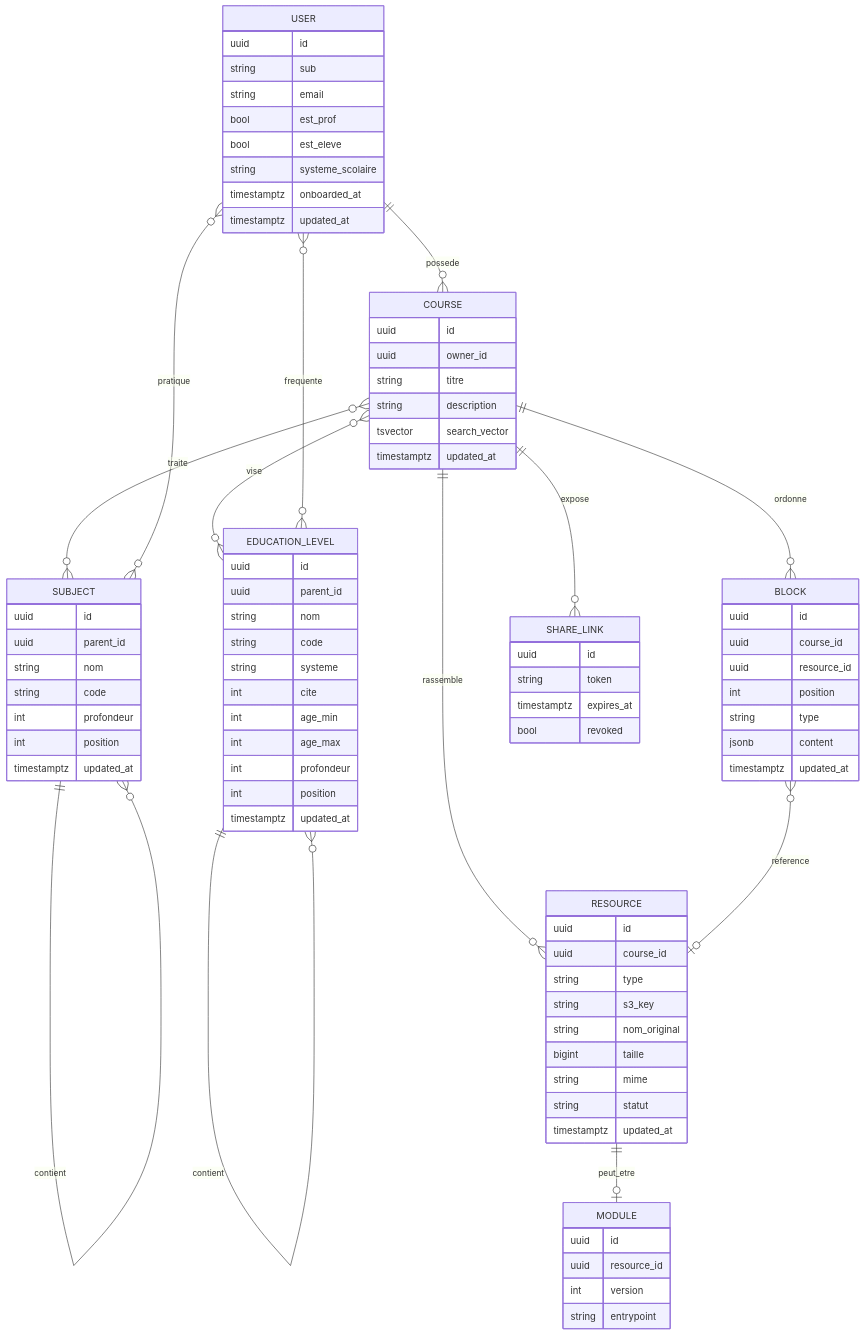
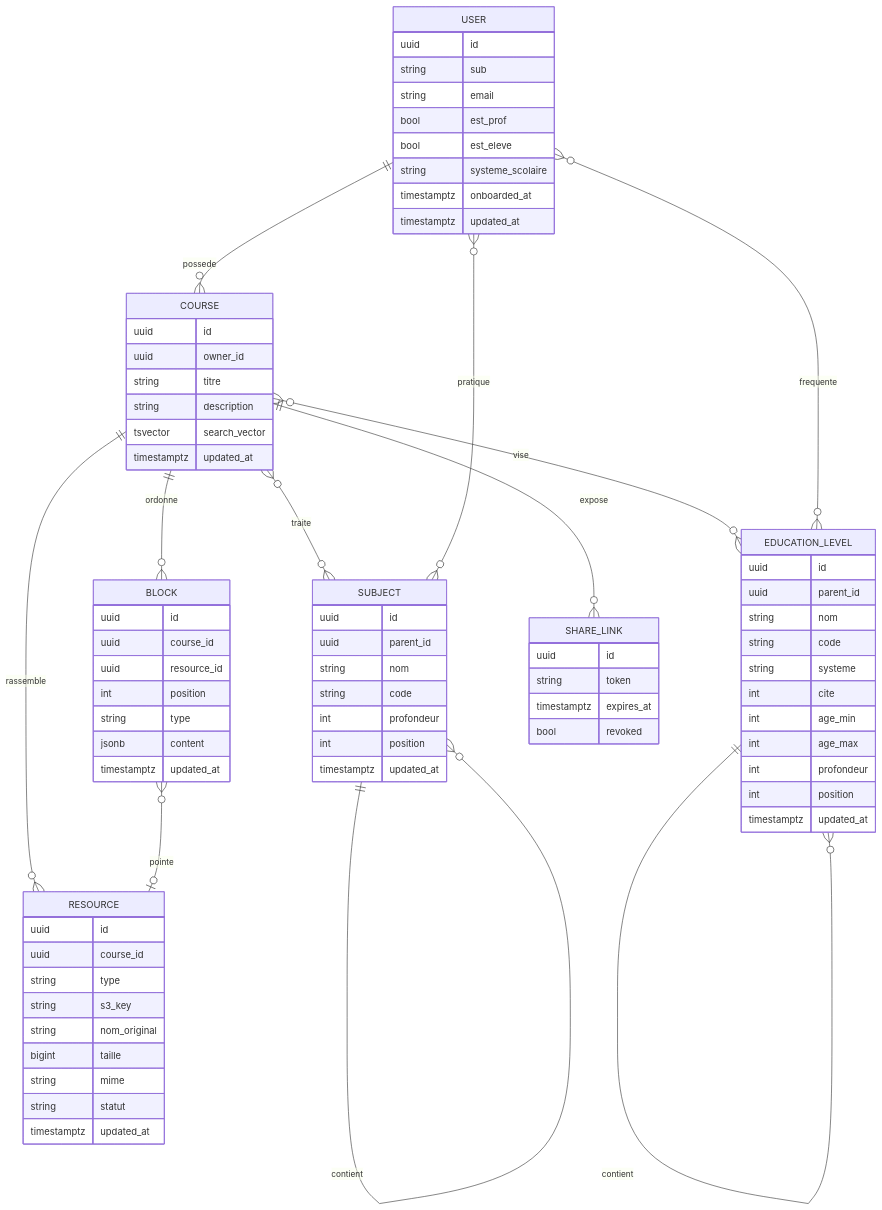
Before and after one commit to flobatard/OpenCartableBack: the second of 2 diagrams in Descriptions.md, drawn with Mermaid. The commit also changed other lines of this file and 14 other files, not shown here.

Commit message:
Adding resources capabilities and now a resource is not necessary linked to a block by BDD model

```diff
--- a/Descriptions.md
+++ b/Descriptions.md
@@ -170,9 +172,8 @@
     USER    }o--o{ EDUCATION_LEVEL : frequente
     COURSE  ||--o{ BLOCK : ordonne
     COURSE  ||--o{ RESOURCE : rassemble
-    BLOCK   }o--o| RESOURCE : reference
+    BLOCK   }o--o| RESOURCE : pointe
     COURSE  ||--o{ SHARE_LINK : expose
-    RESOURCE ||--o| MODULE : peut_etre
 
     USER {
       uuid id
@@ -234,12 +235,6 @@
       string statut
       timestamptz updated_at
     }
-    MODULE {
-      uuid id
-      uuid resource_id
-      int version
-      string entrypoint
-    }
     SHARE_LINK {
       uuid id
       string token
```
